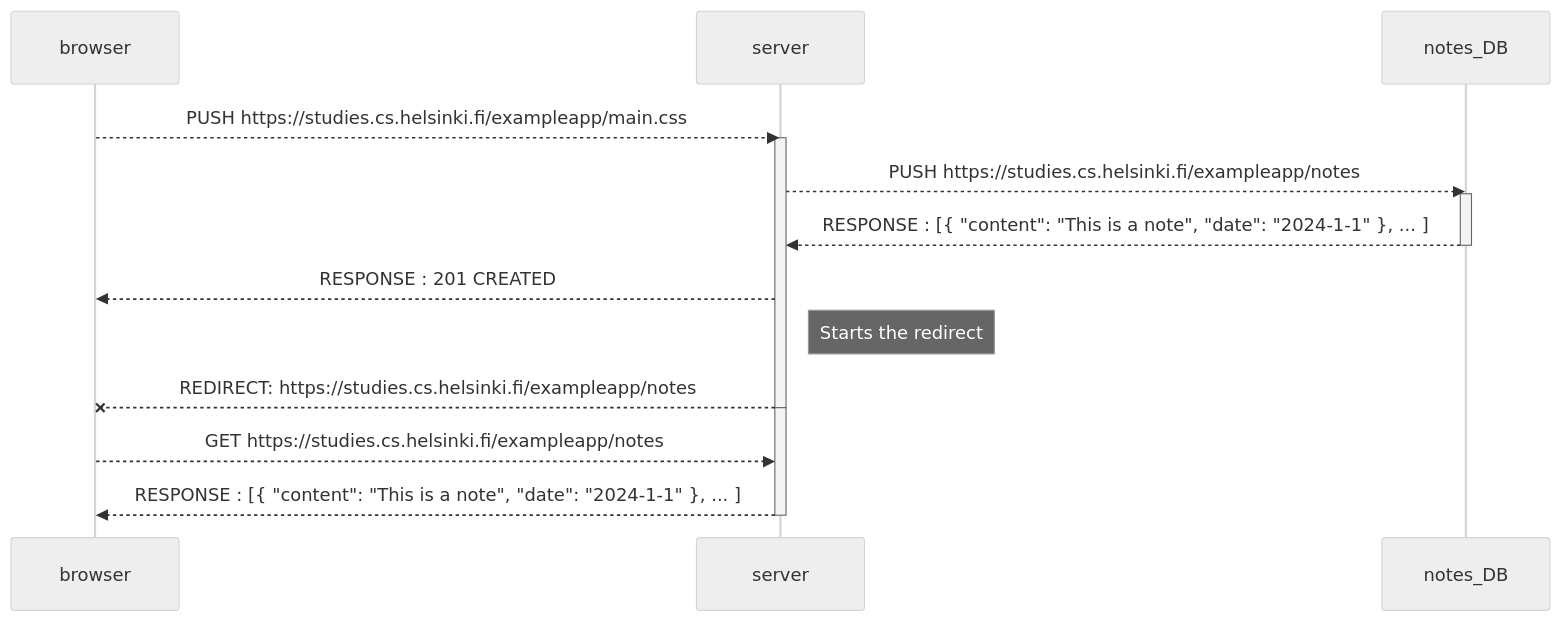
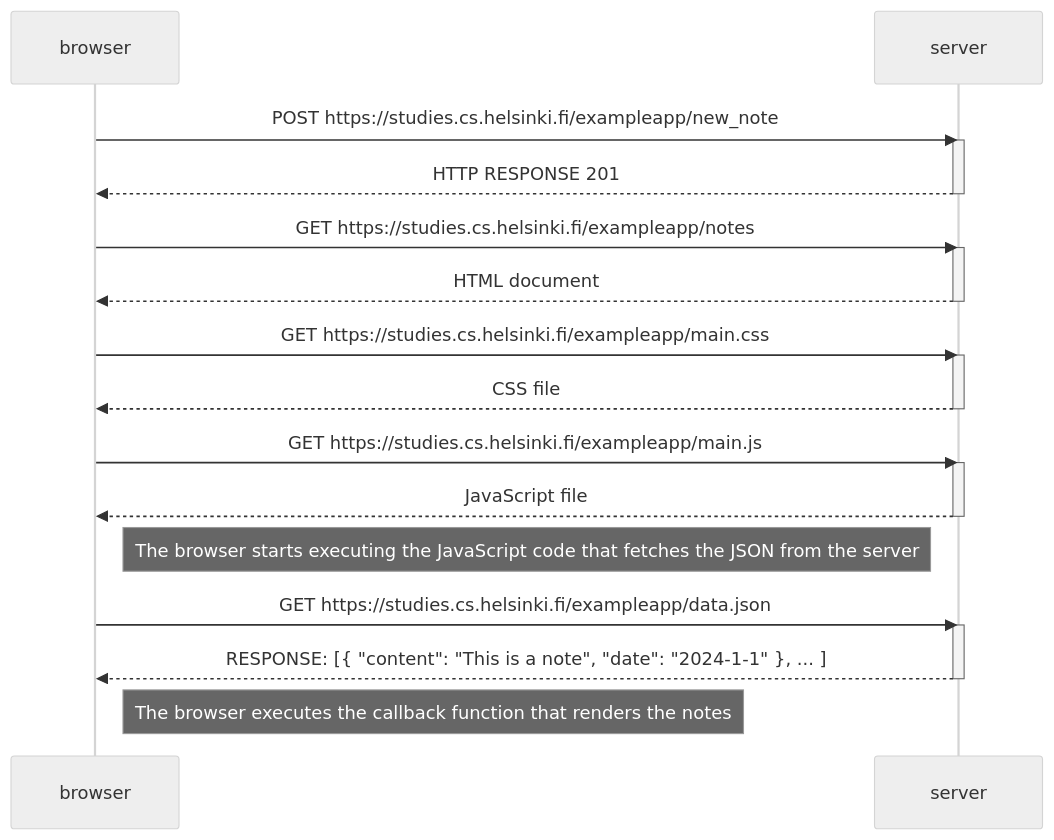
One commit to LucasAraujo639/fullstackopen.com changed the diagram in part 0/0.4-diagram.md. Above: the diagram before and after it, drawn with Mermaid (neutral theme). The commit also changed 2 other files, not shown here.

Commit message:
Se arreglo parte 0

````diff
--- a/part 0/0.4-diagram.md
+++ b/part 0/0.4-diagram.md
@@ -1,22 +1,36 @@
 ``` mermaid
-    sequenceDiagram
-        participant browser
-        participant server
-        participant notes_DB
-        
-        browser-->>server: PUSH https://studies.cs.helsinki.fi/exampleapp/main.css
-        activate server
-        server -->> notes_DB: PUSH https://studies.cs.helsinki.fi/exampleapp/notes
-        activate notes_DB
-        notes_DB-->>server : RESPONSE : [{ "content": "This is a note", "date": "2024-1-1" }, ... ]
-        deactivate notes_DB
-        server -->> browser : RESPONSE : 201 CREATED
-        Note right of server: Starts the redirect
-        server--x browser: REDIRECT: https://studies.cs.helsinki.fi/exampleapp/notes 
-        deactivate server
+    
+sequenceDiagram
+    participant browser
+    participant server
 
-        activate server
-        browser-->> server : GET https://studies.cs.helsinki.fi/exampleapp/notes
-        server-->>browser: RESPONSE : [{ "content": "This is a note", "date": "2024-1-1" }, ... ]
-        deactivate server
+    browser->>server: POST https://studies.cs.helsinki.fi/exampleapp/new_note
+    activate server
+    server-->>browser: HTTP RESPONSE 201
+    deactivate server
+
+    browser->>server: GET https://studies.cs.helsinki.fi/exampleapp/notes
+    activate server
+    server-->>browser: HTML document
+    deactivate server
+
+    browser->>server: GET https://studies.cs.helsinki.fi/exampleapp/main.css
+    activate server
+    server-->>browser: CSS file
+    deactivate server
+
+    browser->>server: GET https://studies.cs.helsinki.fi/exampleapp/main.js
+    activate server
+    server-->>browser: JavaScript file
+    deactivate server
+
+    Note right of browser: The browser starts executing the JavaScript code that fetches the JSON from the server
+
+    browser->>server: GET https://studies.cs.helsinki.fi/exampleapp/data.json
+    activate server
+    server-->>browser: RESPONSE: [{ "content": "This is a note", "date": "2024-1-1" }, ... ]
+    deactivate server
+
+    Note right of browser: The browser executes the callback function that renders the notes
+
 ```
````
